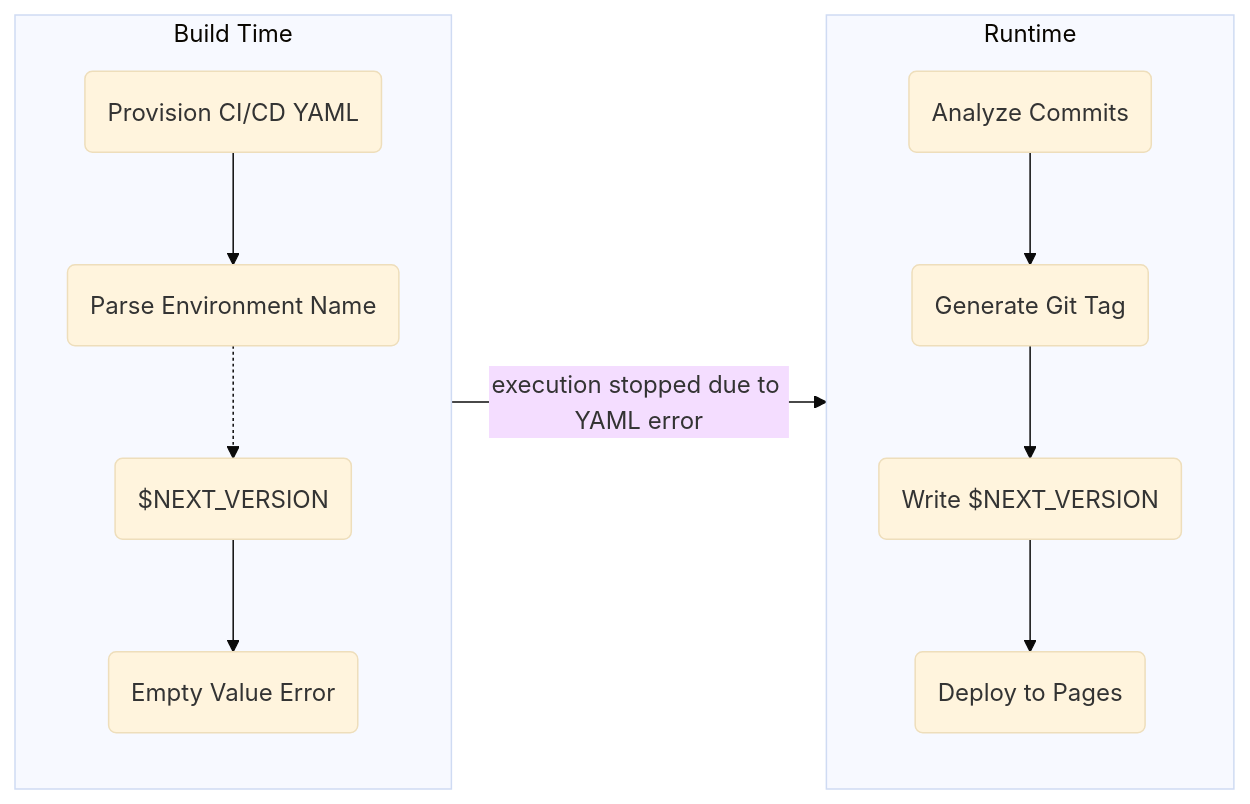
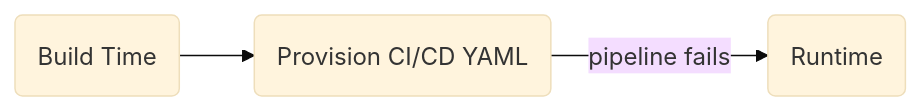
Before and after one commit to SiegeSailor/Website: the diagram in client/public/article/2025-10-01.md, drawn with Mermaid (base theme). The commit also changed other lines of this file and 1 other file, not shown here.

Commit message:
docs: Update article on deploying GitLab Pages with Dynamic Pipelines and add relevant images

````diff
--- a/client/public/article/2025-10-01.md
+++ b/client/public/article/2025-10-01.md
@@ -10,18 +10,5 @@
 ```mermaid
 flowchart LR
-  subgraph BT [Build Time]
-    direction TB
-    P(Provision CI/CD YAML) --> E(Parse Environment Name)
-    E -.-> EV($NEXT_VERSION)
-    EV --> ER(Empty Value Error)
-  end
-
-  subgraph RT [Runtime]
-    direction TB
-    S(Analyze Commits) --> T(Generate Git Tag)
-    T --> N(Write $NEXT_VERSION)
-    N --> JR(Deploy to Pages)
-  end
-
-  BT --> |execution stopped due to YAML error| RT
+  BT(Build Time) --> P(Provision CI/CD YAML)
+  P --> |pipeline fails| RT(Runtime)
 ```
````
